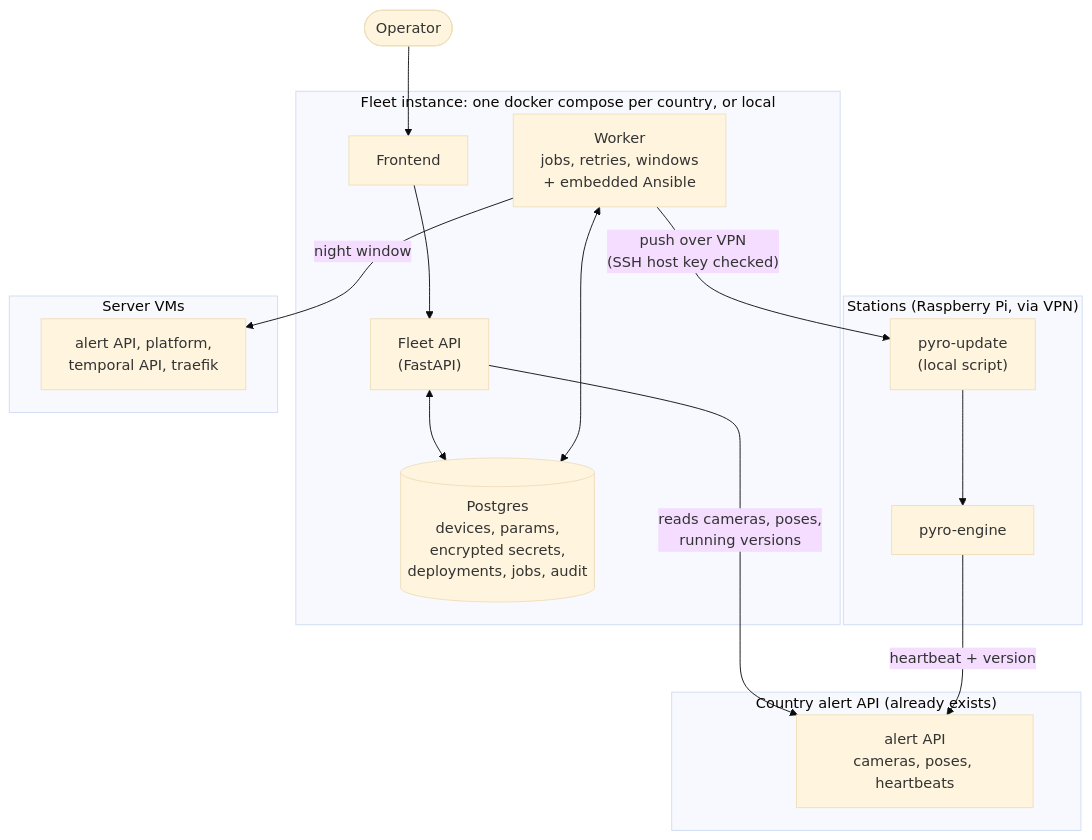
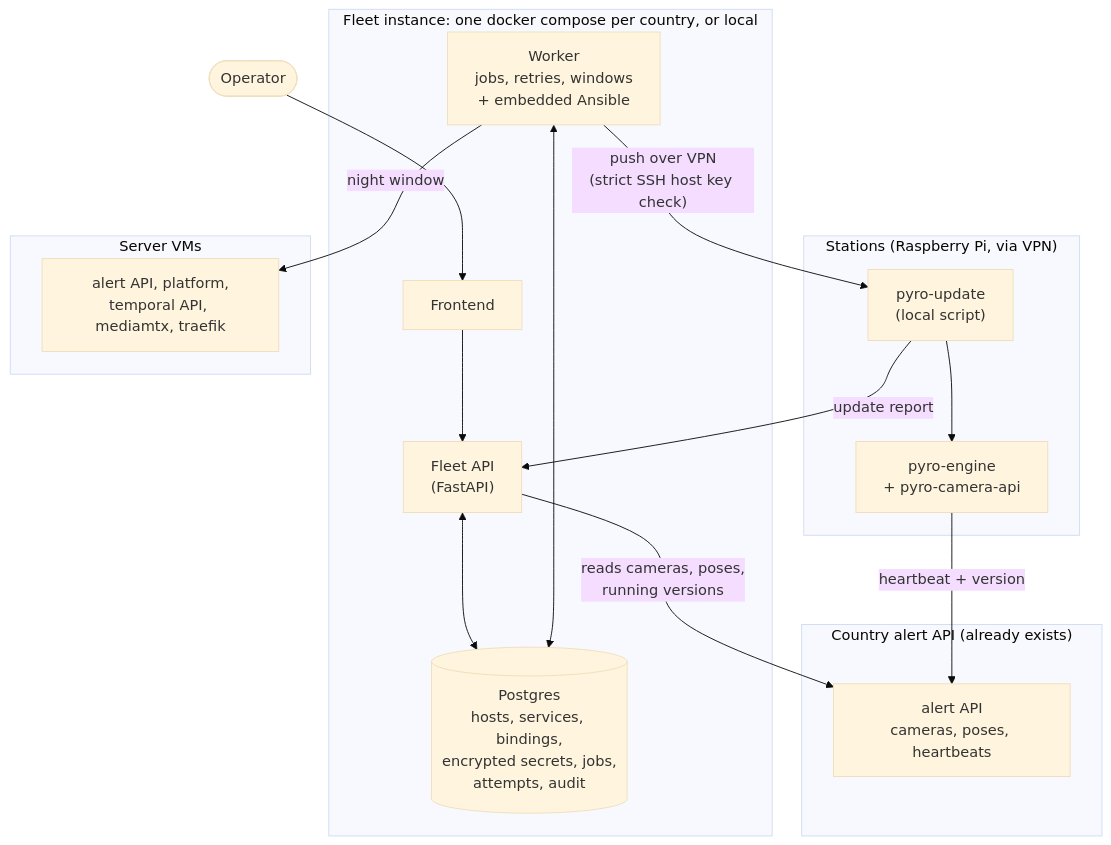
One commit to pyronear/pi-manager-template changed the third of 13 diagrams in docs/ADR/fleet-api.md. Above: the diagram before and after it, drawn with Mermaid (base theme). The commit also changed other lines of this file, not shown here.

````diff
--- a/docs/ADR/fleet-api.md
+++ b/docs/ADR/fleet-api.md
@@ -62,34 +97,35 @@
 ```mermaid
 flowchart TB
     OP(["Operator"])
 
     subgraph inst["Fleet instance: one docker compose per country, or local"]
         FRONT["Frontend"]
         FAPI["Fleet API<br/>(FastAPI)"]
-        DB[("Postgres<br/>devices, params,<br/>encrypted secrets,<br/>deployments, jobs, audit")]
+        DB[("Postgres<br/>hosts, services, bindings,<br/>encrypted secrets, jobs,<br/>attempts, audit")]
         WK["Worker<br/>jobs, retries, windows<br/>+ embedded Ansible"]
         FRONT --> FAPI
         FAPI <--> DB
         WK <--> DB
     end
 
     subgraph alert["Country alert API (already exists)"]
         AAPI["alert API<br/>cameras, poses, heartbeats"]
     end
 
     subgraph pis["Stations (Raspberry Pi, via VPN)"]
         UPD["pyro-update<br/>(local script)"]
-        ENG["pyro-engine"]
+        ENG["pyro-engine<br/>+ pyro-camera-api"]
         UPD --> ENG
     end
 
     subgraph vms["Server VMs"]
-        SRV["alert API, platform,<br/>temporal API, traefik"]
+        SRV["alert API, platform,<br/>temporal API, mediamtx, traefik"]
     end
 
     OP --> FRONT
     FAPI -- "reads cameras, poses,<br/>running versions" --> AAPI
-    WK -- "push over VPN<br/>(SSH host key checked)" --> UPD
+    WK -- "push over VPN<br/>(strict SSH host key check)" --> UPD
+    UPD -- "update report" --> FAPI
     WK -- "night window" --> SRV
     ENG -- "heartbeat + version" --> AAPI
 ```
````
